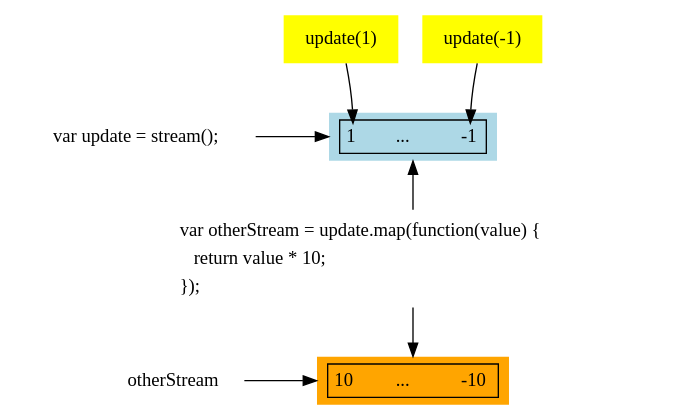
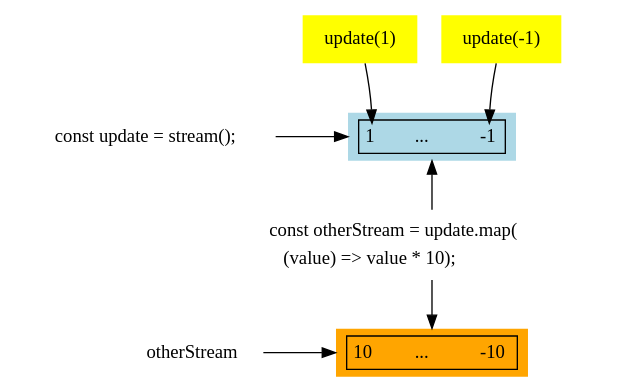
One commit to foxdonut/meiosis changed the diagram in tutorial/images/03-streams-02.dot. Above: the diagram before and after it, drawn with Graphviz. The commit also changed 28 other files, not shown here.

```diff
--- a/tutorial/images/03-streams-02.dot
+++ b/tutorial/images/03-streams-02.dot
@@ -1,54 +1,51 @@
 digraph meiosistutorial {
-  stream [shape="none", label="var update = stream();"]
+  stream [shape="none", label="const update = stream();"]
 
   updateplus1 [shape="none", style="filled", fillcolor="yellow", label="update(1)"]
 
   updateminus1 [shape="none", style="filled", fillcolor="yellow", label="update(-1)"]
 
   thestream [shape="plaintext", style="filled", fillcolor="lightblue", label=<
     <table border="1">
       <tr>
         <td port="plusone" border="0">1</td>
         <td border="0">&nbsp;&nbsp;&nbsp;&nbsp;&nbsp;&nbsp;...&nbsp;&nbsp;&nbsp;&nbsp;&nbsp;</td>
         <td port="minusone" border="0">-1</td>
       </tr>
     </table>
   >]
 
   map [shape="plaintext", label=<
     <table border="0">
       <tr>
-        <td align='left'>var otherStream = update.map(function(value) {</td>
+        <td align='left'>const otherStream = update.map(</td>
       </tr>
       <tr>
-        <td align='left'>    return value * 10;</td>
-      </tr>
-      <tr>
-        <td align='left'>});</td>
+        <td align='left'>    (value) =&gt; value * 10);</td>
       </tr>
     </table>
   >]
 
   themapstream [shape="plaintext", style="filled", fillcolor="orange", label=<
     <table border="1">
       <tr>
         <td border="0">10</td>
         <td border="0">&nbsp;&nbsp;&nbsp;&nbsp;&nbsp;&nbsp;...&nbsp;&nbsp;&nbsp;&nbsp;&nbsp;</td>
         <td border="0">-10</td>
       </tr>
     </table>
   >]
 
   otherStream [shape="none"]
 
   updateplus1 -> thestream:plusone
   updateminus1 -> thestream:minusone
   stream -> thestream [label="        "]
   thestream -> map [dir="back"]
   map -> themapstream
   otherStream -> themapstream [label="        "]
 
   {rank="same"; stream thestream}
   {rank="same"; otherStream themapstream}
 
 }
```
